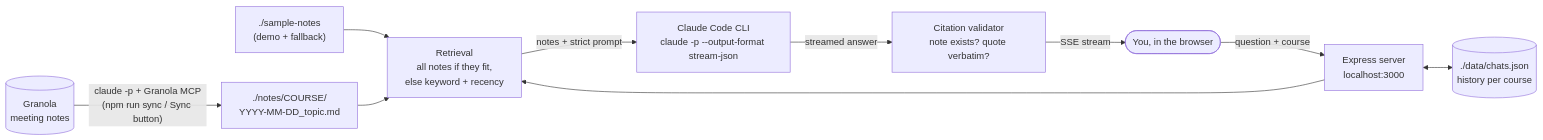
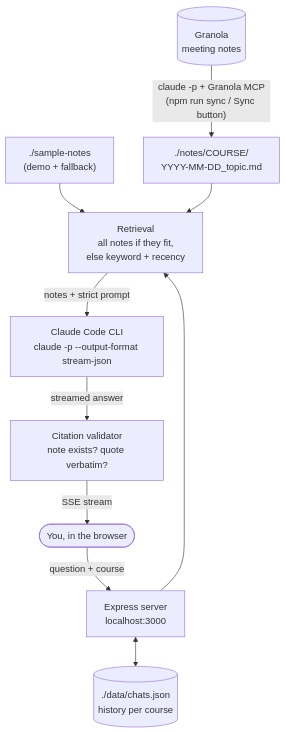
Before and after one commit to seankessner05/studydeck: the diagram in README.md, drawn with Mermaid.

Commit message:
README: lay out architecture diagram top-to-bottom so it is readable on GitHub

````diff
--- a/README.md
+++ b/README.md
@@ -51,12 +51,12 @@
 ```mermaid
-flowchart LR
+flowchart TB
     G[("Granola<br/>meeting notes")] -- "claude -p + Granola MCP<br/>(npm run sync / Sync button)" --> N["./notes/COURSE/<br/>YYYY-MM-DD_topic.md"]
     S["./sample-notes<br/>(demo + fallback)"] --> R
     N --> R["Retrieval<br/>all notes if they fit,<br/>else keyword + recency"]
     U(["You, in the browser"]) -- question + course --> W["Express server<br/>localhost:3000"]
     W --> R
     R -- "notes + strict prompt" --> C["Claude Code CLI<br/>claude -p --output-format stream-json"]
     C -- "streamed answer" --> V["Citation validator<br/>note exists? quote verbatim?"]
     V -- "SSE stream" --> U
     W <--> H[("./data/chats.json<br/>history per course")]
 ```
````
